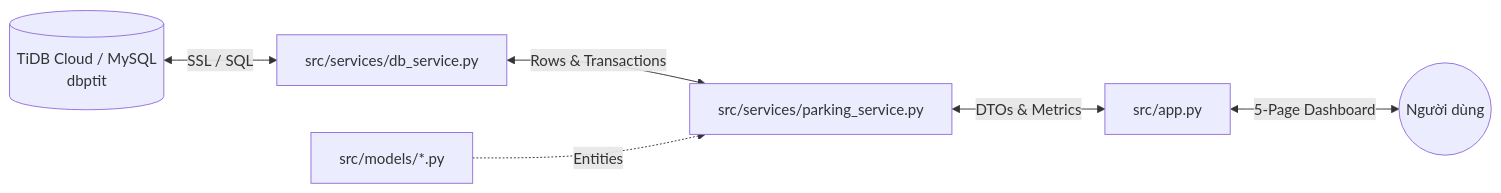
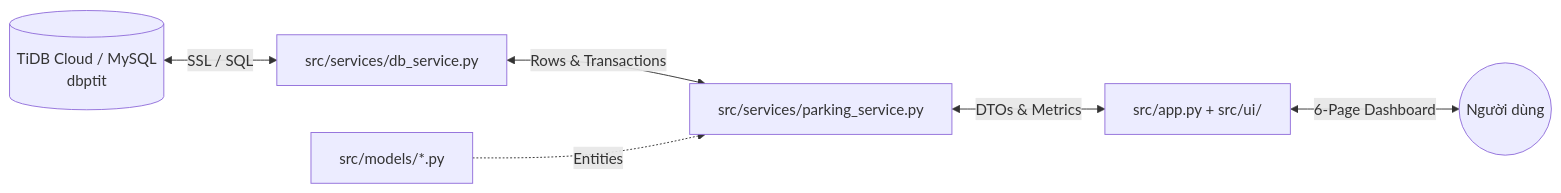
The diagram in docs/architecture.md (Luffyreals/SmartParkingDemo), drawn with Mermaid before and after one commit. The commit also changed other lines of this file and 5 other files, not shown here.

````diff
--- a/docs/architecture.md
+++ b/docs/architecture.md
@@ -12,8 +12,8 @@
 ```mermaid
 graph LR
     DB[(TiDB Cloud / MySQL<br/>dbptit)] <-->|SSL / SQL| DBService[src/services/db_service.py]
     DBService <-->|Rows & Transactions| ParkingService[src/services/parking_service.py]
     Models[src/models/*.py] -.->|Entities| ParkingService
-    ParkingService <-->|DTOs & Metrics| App[src/app.py]
-    App <-->|5-Page Dashboard| User((Người dùng))
+    ParkingService <-->|DTOs & Metrics| App[src/app.py + src/ui/]
+    App <-->|6-Page Dashboard| User((Người dùng))
 ```
````
